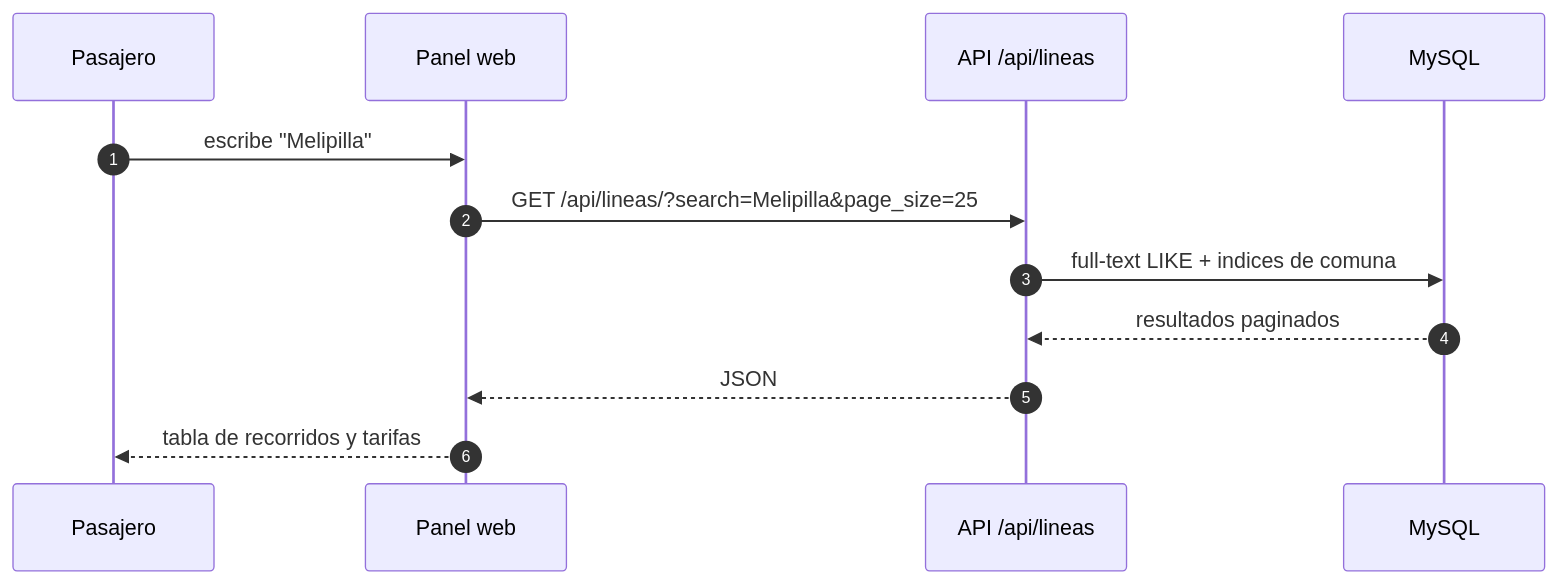
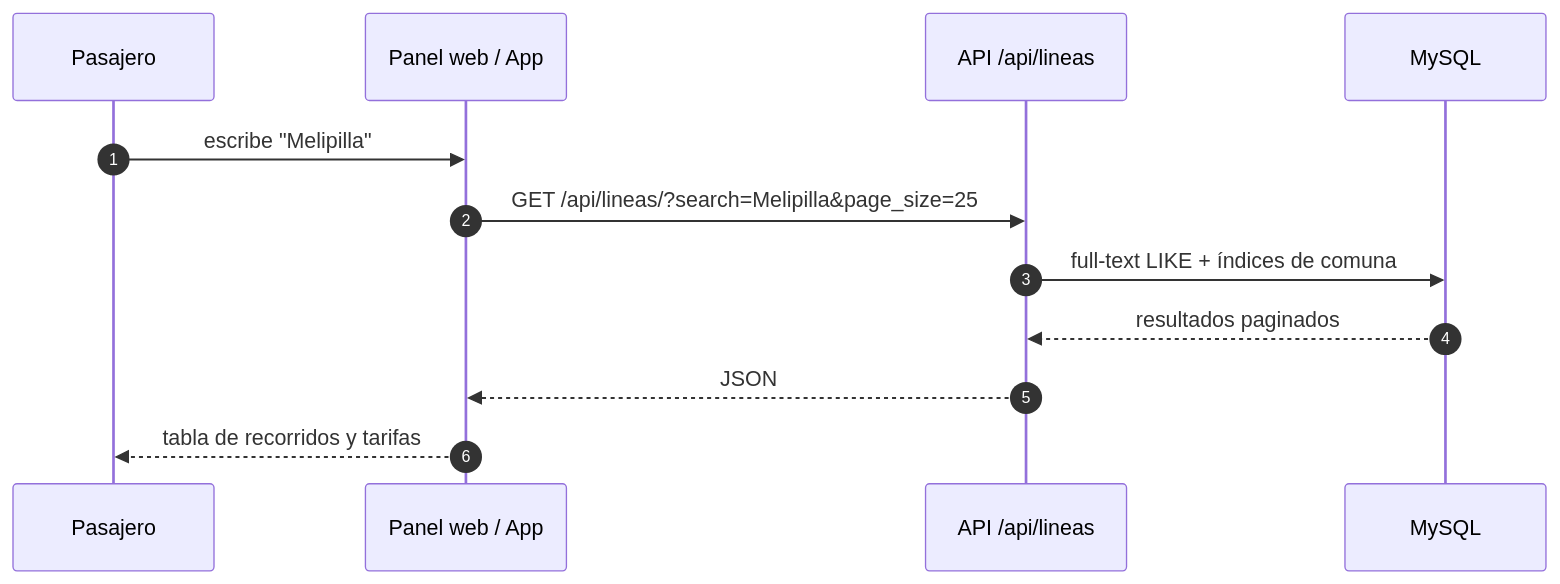
The sixth of 6 diagrams in README.md (NiightSD/PROYECTO-CONATACOCH), drawn with Mermaid before and after one commit. The commit also changed other lines of this file and 60 other files, not shown here.

````diff
--- a/README.md
+++ b/README.md
@@ -515,15 +558,15 @@
 ```mermaid
 sequenceDiagram
     autonumber
     participant P as Pasajero
-    participant W as Panel web
+    participant W as Panel web / App
     participant A as API /api/lineas
     participant D as MySQL
 
     P->>W: escribe "Melipilla"
     W->>A: GET /api/lineas/?search=Melipilla&page_size=25
-    A->>D: full-text LIKE + indices de comuna
+    A->>D: full-text LIKE + índices de comuna
     D-->>A: resultados paginados
     A-->>W: JSON
     W-->>P: tabla de recorridos y tarifas
 ```
````
